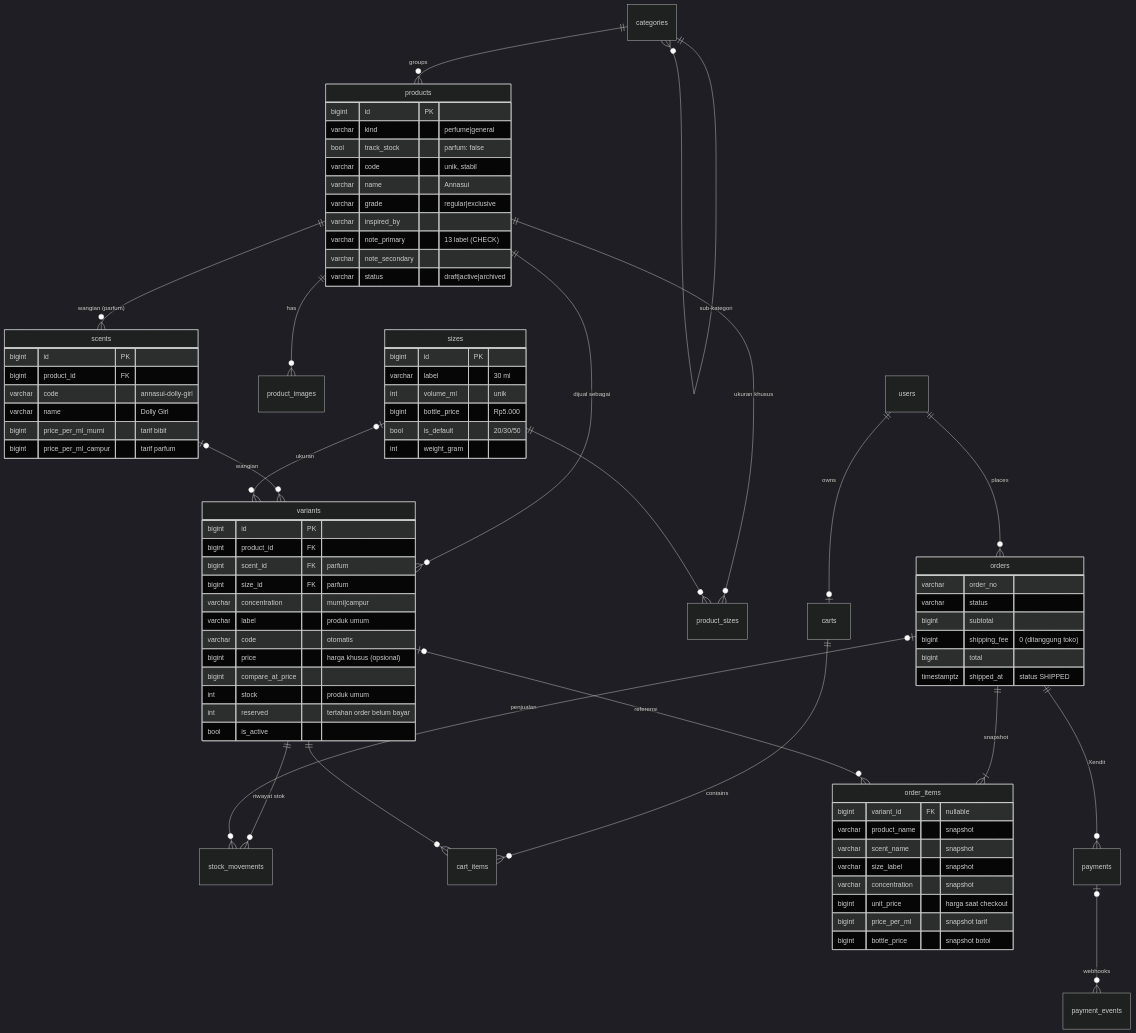
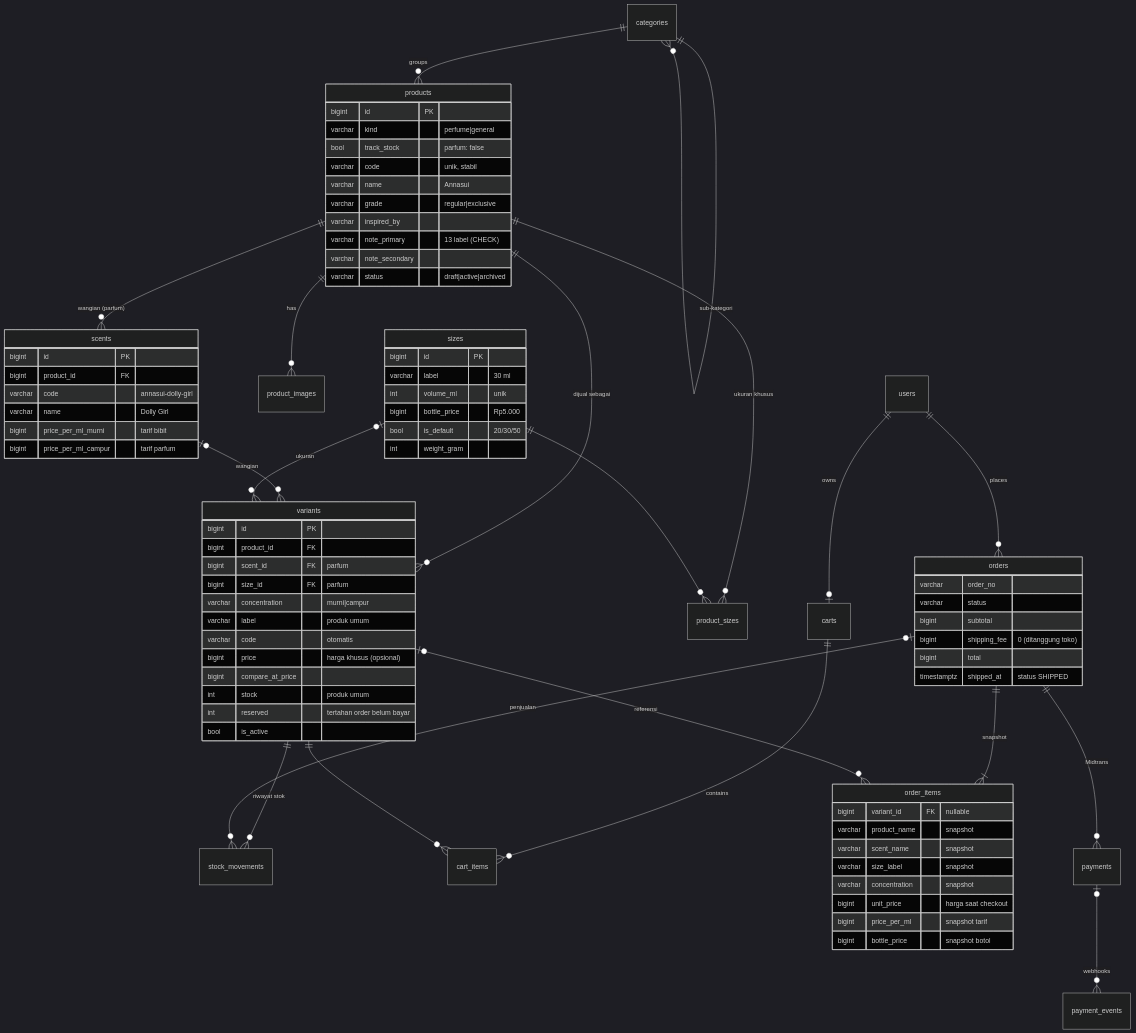
The diagram in docs/schema/README.md (JordanAryaLeksana/Station-parfume-backend), drawn with Mermaid (dark theme) before and after one commit. The commit also changed other lines of this file and 23 other files, not shown here.

```diff
--- a/docs/schema/README.md
+++ b/docs/schema/README.md
@@ -69,7 +71,7 @@
     orders ||--|{ order_items : "snapshot"
     variants |o--o{ order_items : "referensi"
     orders |o--o{ stock_movements : "penjualan"
-    orders ||--o{ payments : "Xendit"
+    orders ||--o{ payments : "Midtrans"
     payments |o--o{ payment_events : webhooks
 
     products {
```
